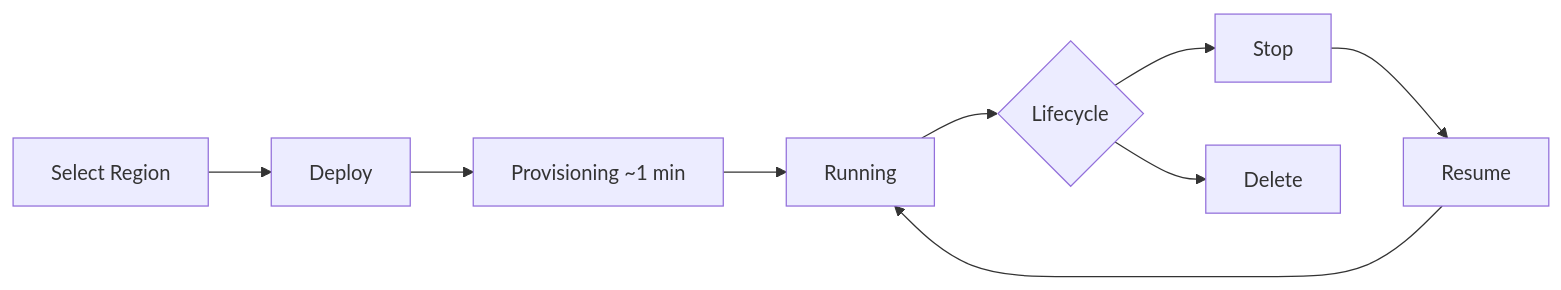
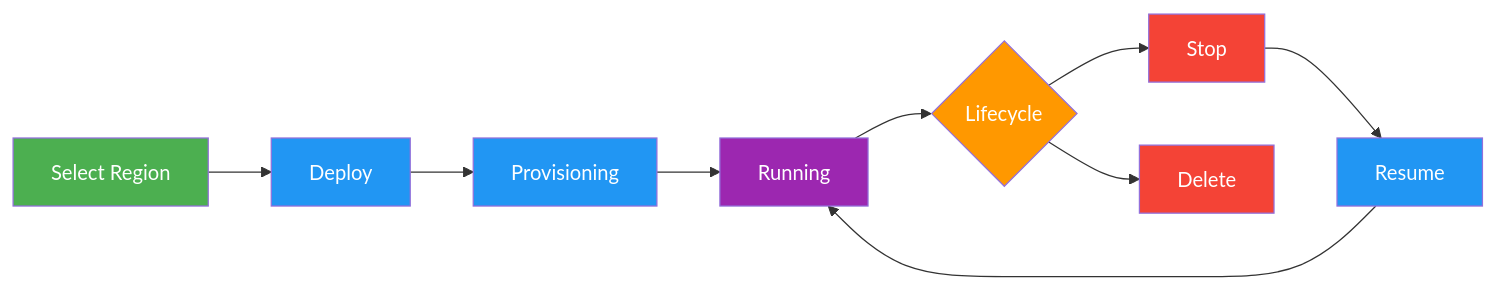
Before and after one commit to TEXTaiLES/AmalthAI: the third of 3 diagrams in Backend/ObjectDetection/ultralytics/docs/en/platform/quickstart.md, drawn with Mermaid. The commit also changed other lines of this file and 943 other files, not shown here.

````diff
--- a/Backend/ObjectDetection/ultralytics/docs/en/platform/quickstart.md
+++ b/Backend/ObjectDetection/ultralytics/docs/en/platform/quickstart.md
@@ -327,11 +326,17 @@
 ```mermaid
 graph LR
-    A[Select Region] --> B[Deploy]
-    B --> C[Provisioning ~1 min]
-    C --> D[Running]
-    D --> E{Lifecycle}
-    E --> F[Stop]
-    E --> G[Delete]
-    F --> H[Resume]
+    A[Select Region]:::start --> B[Deploy]:::proc
+    B --> C[Provisioning]:::proc
+    C --> D[Running]:::out
+    D --> E{Lifecycle}:::decide
+    E --> F[Stop]:::error
+    E --> G[Delete]:::error
+    F --> H[Resume]:::proc
     H --> D
+
+    classDef start fill:#4CAF50,color:#fff
+    classDef proc fill:#2196F3,color:#fff
+    classDef decide fill:#FF9800,color:#fff
+    classDef out fill:#9C27B0,color:#fff
+    classDef error fill:#F44336,color:#fff
 ```
````
